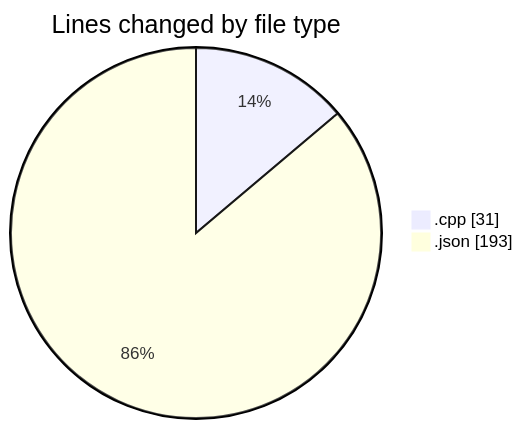
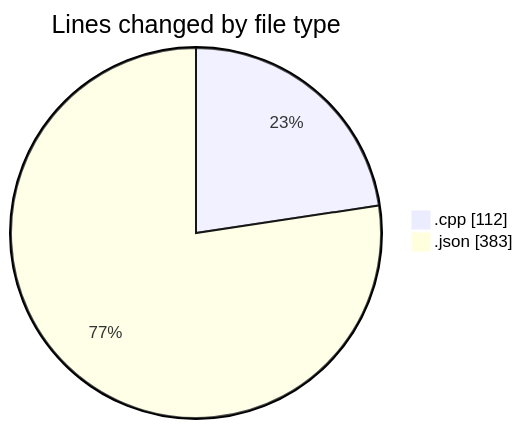
One commit to Ritupan-Deka/code-tracking changed the first of 2 diagrams in 2025-12-08/dsa/README.md. Above: the diagram before and after it, drawn with Mermaid. The commit also changed other lines of this file and 1 other file, not shown here.

````diff
--- a/2025-12-08/dsa/README.md
+++ b/2025-12-08/dsa/README.md
@@ -22,6 +22,6 @@
 ```mermaid
 pie showData
 title Lines changed by file type
-".cpp" : 31
-".json" : 193
+".cpp" : 112
+".json" : 383
 ```
````
